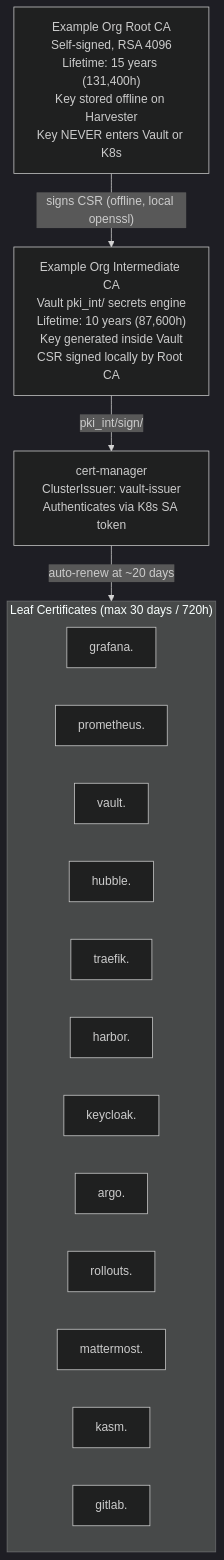
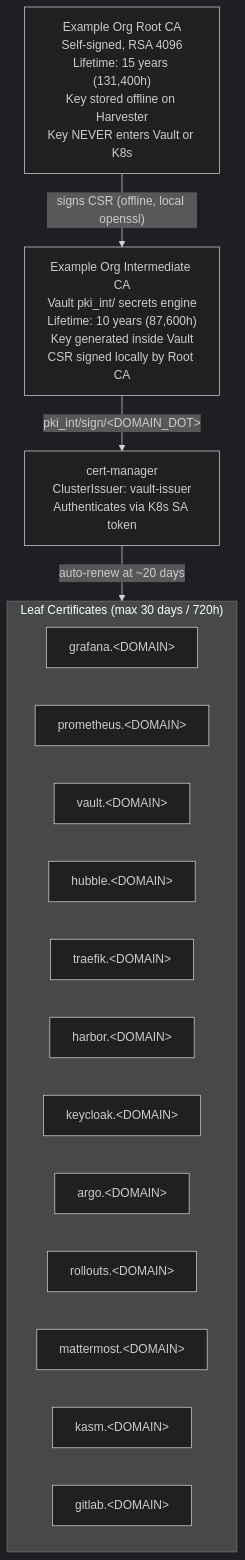
Before and after one commit to derhornspieler/harvester-rke2-platform: the second of 11 diagrams in docs/engineering/security-architecture.md, drawn with Mermaid (dark theme). The commit also changed other lines of this file and 127 other files, not shown here.

````diff
--- a/docs/engineering/security-architecture.md
+++ b/docs/engineering/security-architecture.md
@@ -94,27 +94,27 @@
 ```mermaid
 graph TD
     RootCA["Example Org Root CA<br/>Self-signed, RSA 4096<br/>Lifetime: 15 years (131,400h)<br/>Key stored offline on Harvester<br/>Key NEVER enters Vault or K8s"]
 
     IntermediateCA["Example Org Intermediate CA<br/>Vault pki_int/ secrets engine<br/>Lifetime: 10 years (87,600h)<br/>Key generated inside Vault<br/>CSR signed locally by Root CA"]
 
     CertManager["cert-manager<br/>ClusterIssuer: vault-issuer<br/>Authenticates via K8s SA token"]
 
     subgraph LeafCerts["Leaf Certificates (max 30 days / 720h)"]
-        Grafana["grafana.<DOMAIN>"]
-        Prometheus["prometheus.<DOMAIN>"]
-        VaultCert["vault.<DOMAIN>"]
-        Hubble["hubble.<DOMAIN>"]
-        TraefikCert["traefik.<DOMAIN>"]
-        Harbor["harbor.<DOMAIN>"]
-        KeycloakCert["keycloak.<DOMAIN>"]
-        ArgoCD["argo.<DOMAIN>"]
-        Rollouts["rollouts.<DOMAIN>"]
-        MM["mattermost.<DOMAIN>"]
-        Kasm["kasm.<DOMAIN>"]
-        GitLabCert["gitlab.<DOMAIN>"]
+        Grafana["grafana.&lt;DOMAIN&gt;"]
+        Prometheus["prometheus.&lt;DOMAIN&gt;"]
+        VaultCert["vault.&lt;DOMAIN&gt;"]
+        Hubble["hubble.&lt;DOMAIN&gt;"]
+        TraefikCert["traefik.&lt;DOMAIN&gt;"]
+        Harbor["harbor.&lt;DOMAIN&gt;"]
+        KeycloakCert["keycloak.&lt;DOMAIN&gt;"]
+        ArgoCD["argo.&lt;DOMAIN&gt;"]
+        Rollouts["rollouts.&lt;DOMAIN&gt;"]
+        MM["mattermost.&lt;DOMAIN&gt;"]
+        Kasm["kasm.&lt;DOMAIN&gt;"]
+        GitLabCert["gitlab.&lt;DOMAIN&gt;"]
     end
 
     RootCA -->|"signs CSR (offline, local openssl)"| IntermediateCA
-    IntermediateCA -->|"pki_int/sign/<DOMAIN_DOT>"| CertManager
+    IntermediateCA -->|"pki_int/sign/&lt;DOMAIN_DOT&gt;"| CertManager
     CertManager -->|auto-renew at ~20 days| LeafCerts
 ```
````
